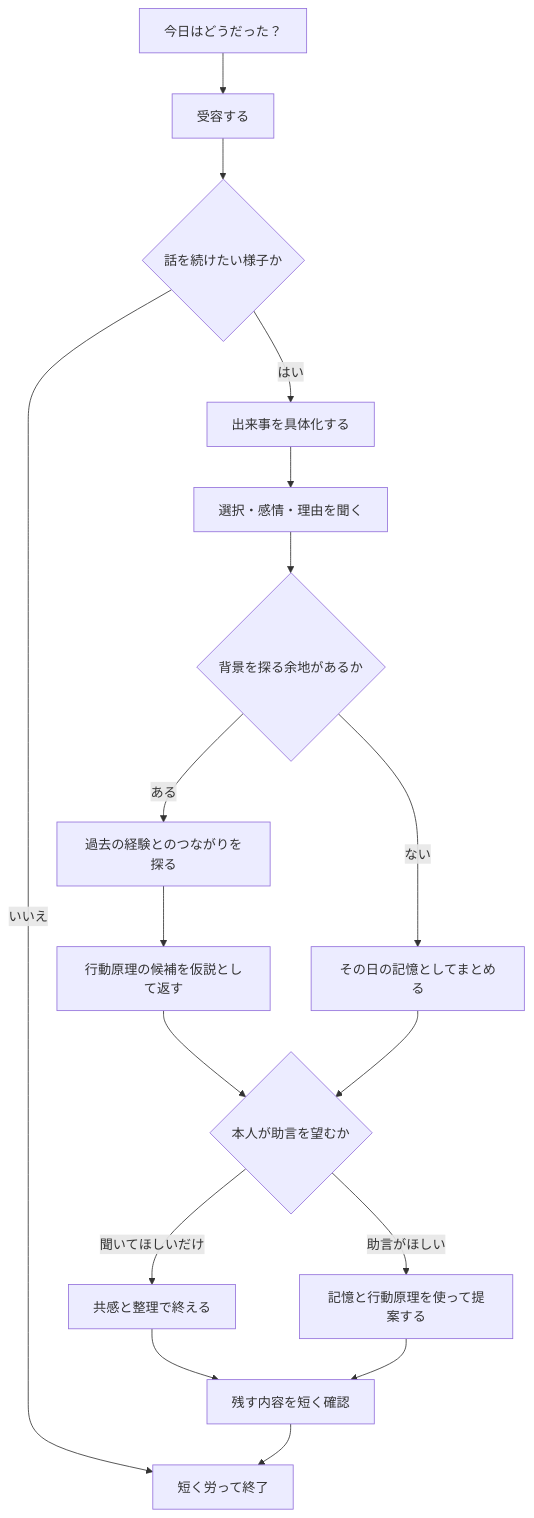
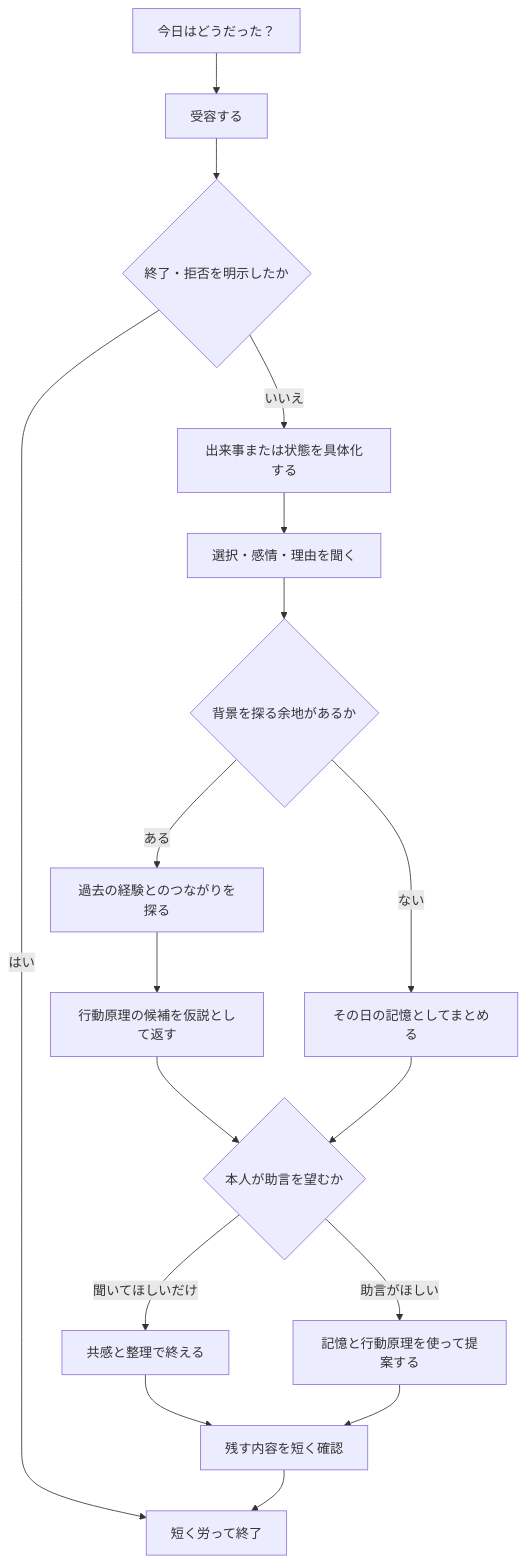
Before and after one commit to kkyosuke/me-builder: the first of 3 diagrams in docs/product/diary-chat-experience.md, drawn with Mermaid. The commit also changed other lines of this file, not shown here.

````diff
--- a/docs/product/diary-chat-experience.md
+++ b/docs/product/diary-chat-experience.md
@@ -90,19 +91,19 @@
 ```mermaid
 flowchart TD
     A[今日はどうだった？] --> B[受容する]
-    B --> C{話を続けたい様子か}
-    C -->|いいえ| Z[短く労って終了]
-    C -->|はい| D[出来事を具体化する]
+    B --> C{終了・拒否を明示したか}
+    C -->|はい| Z[短く労って終了]
+    C -->|いいえ| D[出来事または状態を具体化する]
     D --> E[選択・感情・理由を聞く]
     E --> F{背景を探る余地があるか}
     F -->|ない| H[その日の記憶としてまとめる]
     F -->|ある| G[過去の経験とのつながりを探る]
     G --> I[行動原理の候補を仮説として返す]
     I --> J{本人が助言を望むか}
     H --> J
     J -->|聞いてほしいだけ| K[共感と整理で終える]
     J -->|助言がほしい| L[記憶と行動原理を使って提案する]
     K --> M[残す内容を短く確認]
     L --> M
     M --> Z
 ```
````
